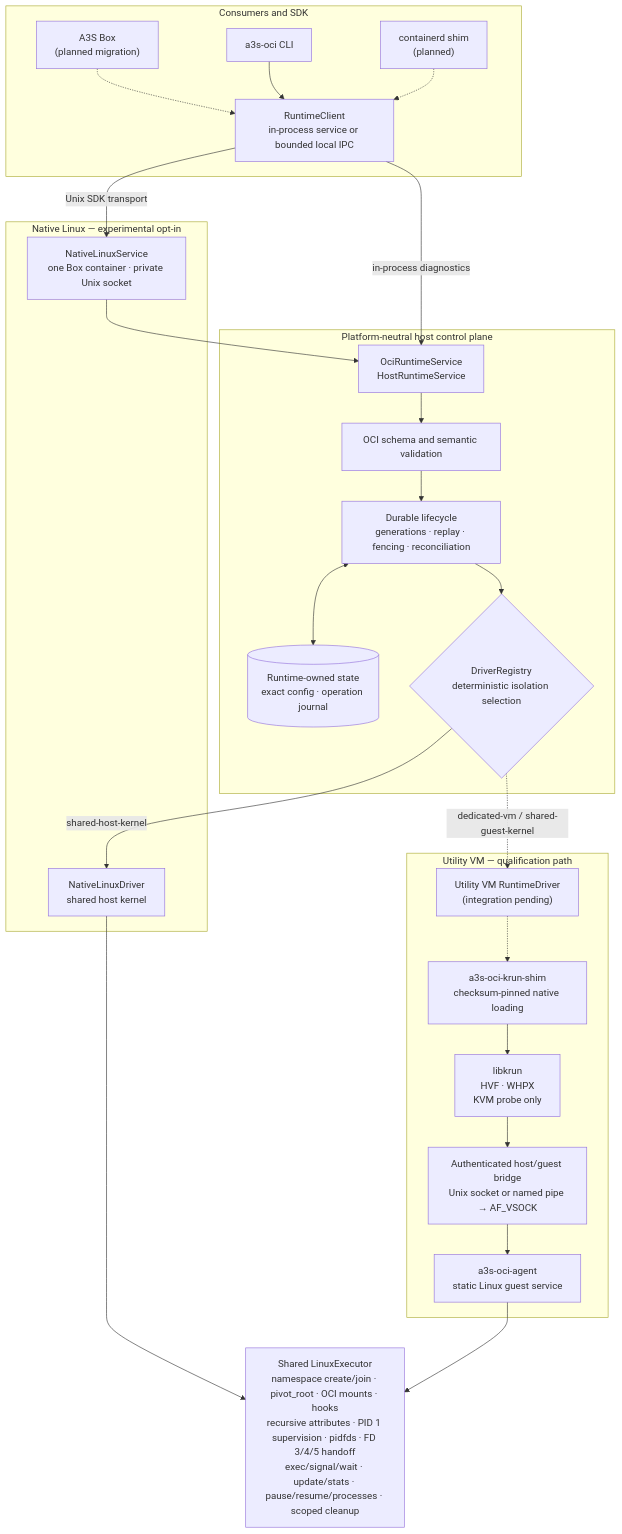
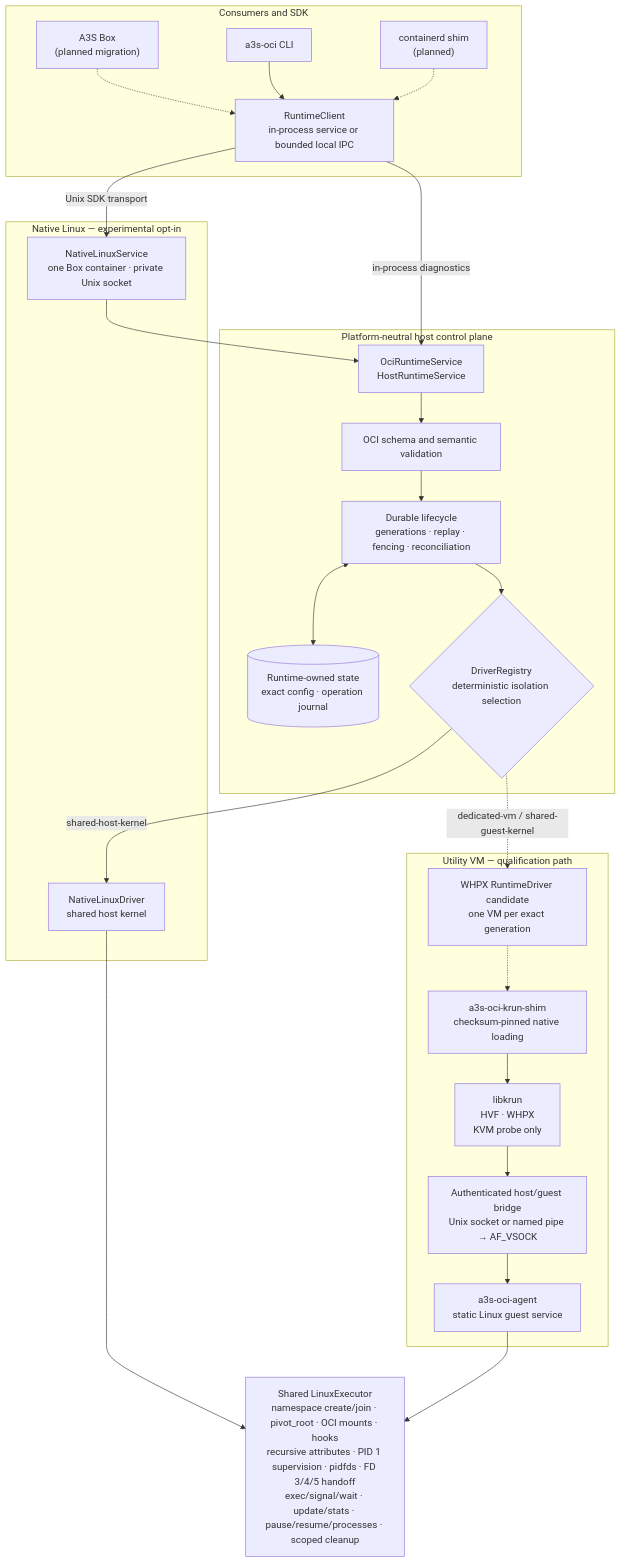
Before and after one commit to A3S-Lab/OCI-Runtime: the diagram in README.md, drawn with Mermaid. The commit also changed other lines of this file and 12 other files, not shown here.

Commit message:
feat(runtime): add WHPX driver candidate

````diff
--- a/README.md
+++ b/README.md
@@ -908,49 +913,49 @@
 ```mermaid
 flowchart TB
     subgraph consumers["Consumers and SDK"]
         box["A3S Box<br/>(planned migration)"]
         cli["a3s-oci CLI"]
         containerd["containerd shim<br/>(planned)"]
         client["RuntimeClient<br/>in-process service or bounded local IPC"]
         box -.-> client
         cli --> client
         containerd -.-> client
     end
 
     subgraph control["Platform-neutral host control plane"]
         service["OciRuntimeService<br/>HostRuntimeService"]
         validation["OCI schema and semantic validation"]
         lifecycle["Durable lifecycle<br/>generations · replay · fencing · reconciliation"]
         state[("Runtime-owned state<br/>exact config · operation journal")]
         selection{"DriverRegistry<br/>deterministic isolation selection"}
 
         service --> validation --> lifecycle --> selection
         lifecycle <--> state
     end
 
     subgraph native["Native Linux — experimental opt-in"]
         native_owner["NativeLinuxService<br/>one Box container · private Unix socket"]
         native_driver["NativeLinuxDriver<br/>shared host kernel"]
     end
 
     subgraph utility["Utility VM — qualification path"]
-        utility_driver["Utility VM RuntimeDriver<br/>(integration pending)"]
+        utility_driver["WHPX RuntimeDriver candidate<br/>one VM per exact generation"]
         shim["a3s-oci-krun-shim<br/>checksum-pinned native loading"]
         hypervisor["libkrun<br/>HVF · WHPX<br/>KVM probe only"]
         bridge["Authenticated host/guest bridge<br/>Unix socket or named pipe → AF_VSOCK"]
         agent["a3s-oci-agent<br/>static Linux guest service"]
 
         utility_driver -.-> shim
         shim --> hypervisor --> bridge --> agent
     end
 
     executor["Shared LinuxExecutor<br/>namespace create/join · pivot_root · OCI mounts · hooks<br/>recursive attributes · PID 1 supervision · pidfds · FD 3/4/5 handoff<br/>exec/signal/wait · update/stats · pause/resume/processes · scoped cleanup"]
 
     client -->|"in-process diagnostics"| service
     client -->|"Unix SDK transport"| native_owner
     native_owner --> service
     selection -->|"shared-host-kernel"| native_driver
     selection -.->|"dedicated-vm / shared-guest-kernel"| utility_driver
     native_driver --> executor
     agent --> executor
 ```
````
